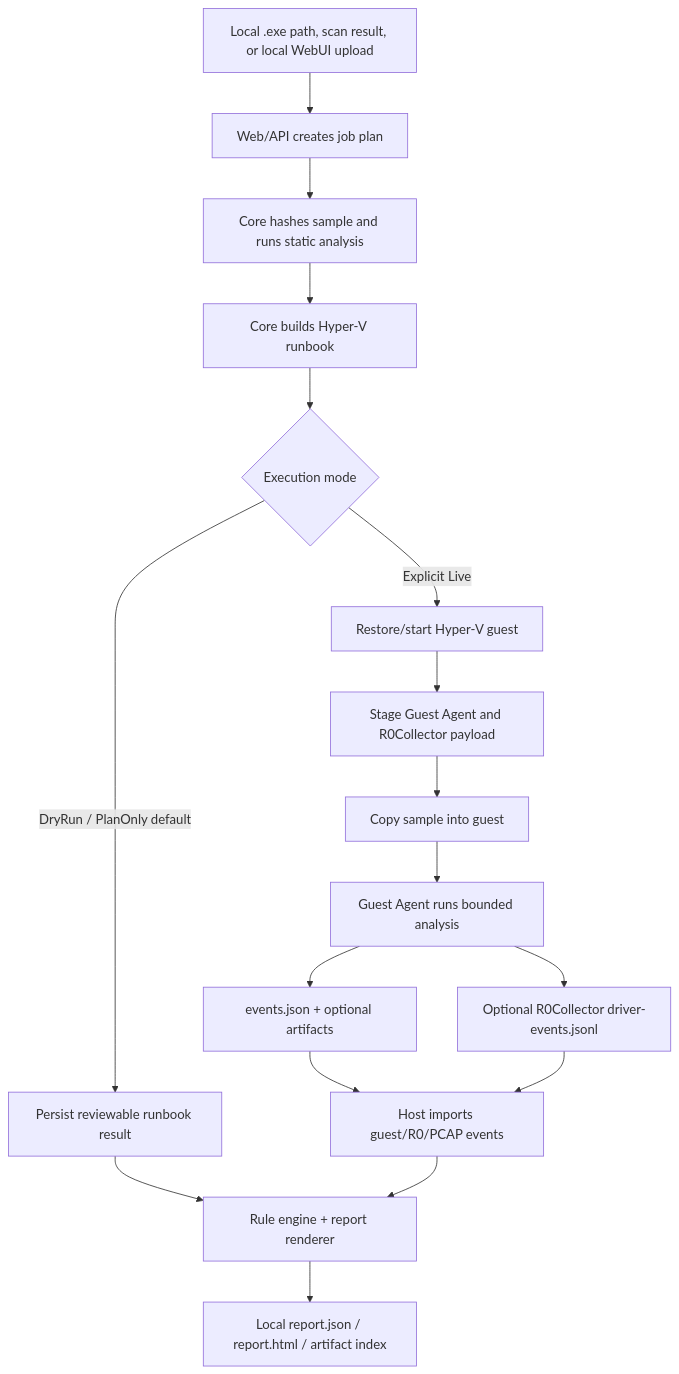
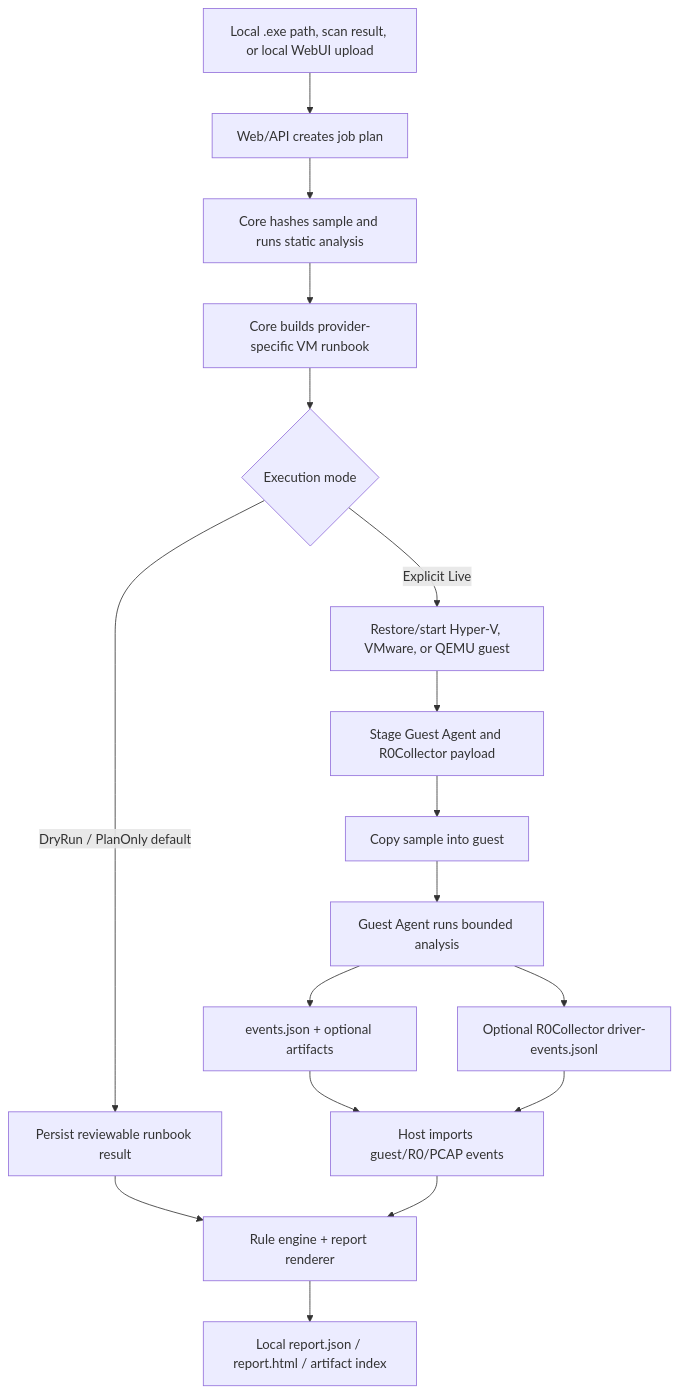
The diagram in docs/architecture.md (KSwordDEV/KSwordSandbox), drawn with Mermaid before and after one commit. The commit also changed other lines of this file and 18 other files, not shown here.

Commit message:
Document VMware and QEMU operations

````diff
--- a/docs/architecture.md
+++ b/docs/architecture.md
@@ -27,19 +29,19 @@
 ```mermaid
 flowchart TD
     A["Local .exe path, scan result, or local WebUI upload"] --> B["Web/API creates job plan"]
     B --> C["Core hashes sample and runs static analysis"]
-    C --> D["Core builds Hyper-V runbook"]
+    C --> D["Core builds provider-specific VM runbook"]
     D --> E{"Execution mode"}
     E -->|DryRun / PlanOnly default| F["Persist reviewable runbook result"]
-    E -->|Explicit Live| G["Restore/start Hyper-V guest"]
+    E -->|Explicit Live| G["Restore/start Hyper-V, VMware, or QEMU guest"]
     G --> H["Stage Guest Agent and R0Collector payload"]
     H --> I["Copy sample into guest"]
     I --> J["Guest Agent runs bounded analysis"]
     J --> K["events.json + optional artifacts"]
     J --> L["Optional R0Collector driver-events.jsonl"]
     K --> M["Host imports guest/R0/PCAP events"]
     L --> M
     F --> N["Rule engine + report renderer"]
     M --> N
     N --> O["Local report.json / report.html / artifact index"]
 ```
````
